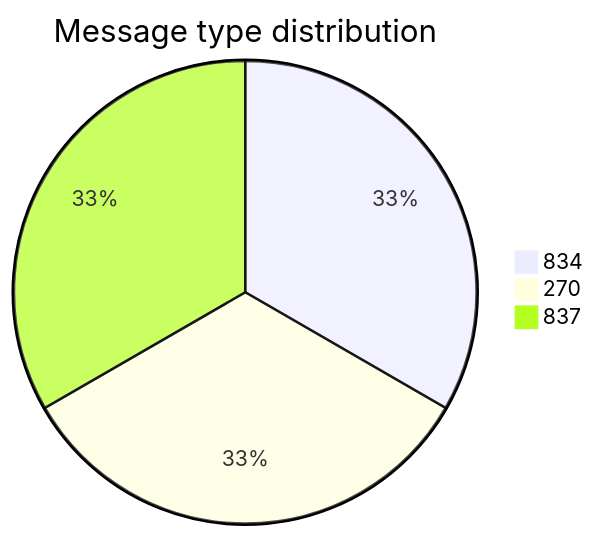
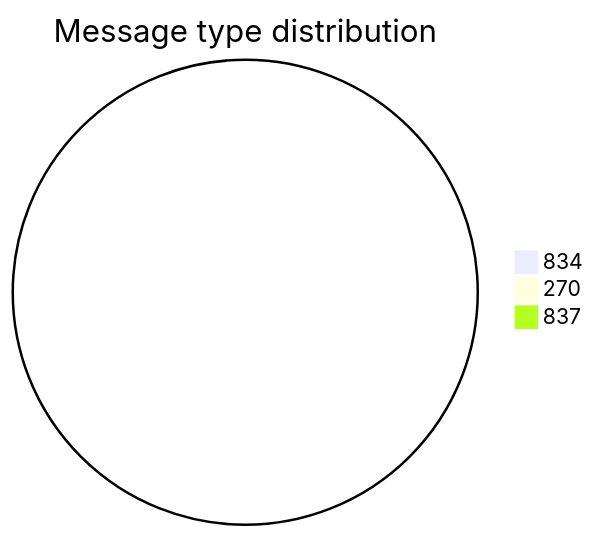
The first of 10 diagrams in test-tools/DataGen/src/Statistics_Visualizer.md (dhagan-va/intern-2025), drawn with Mermaid before and after one commit. The commit also changed other lines of this file and 6 other files, not shown here.

````diff
--- a/test-tools/DataGen/src/Statistics_Visualizer.md
+++ b/test-tools/DataGen/src/Statistics_Visualizer.md
@@ -18,6 +18,6 @@
 ```mermaid
 pie title Message type distribution
-    "834" : 5
-    "270" : 5
-    "837" : 5
+    "834" : 0
+    "270" : 0
+    "837" : 0
 ```
````
